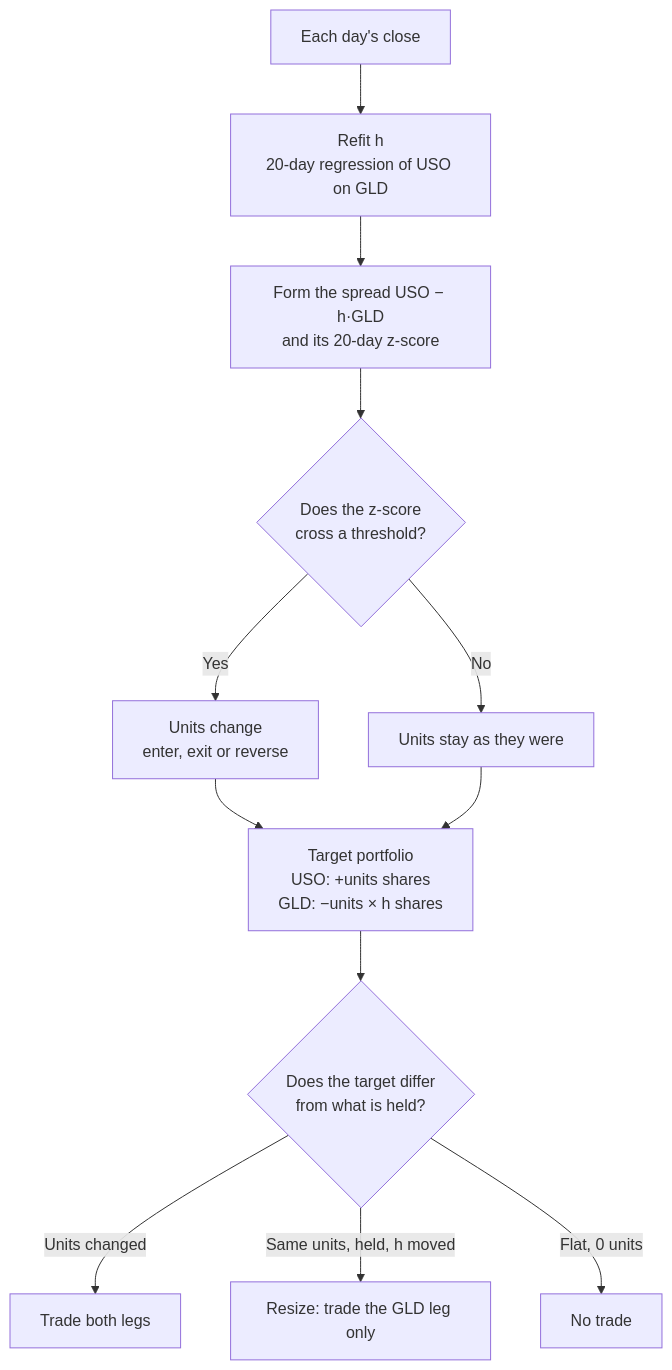
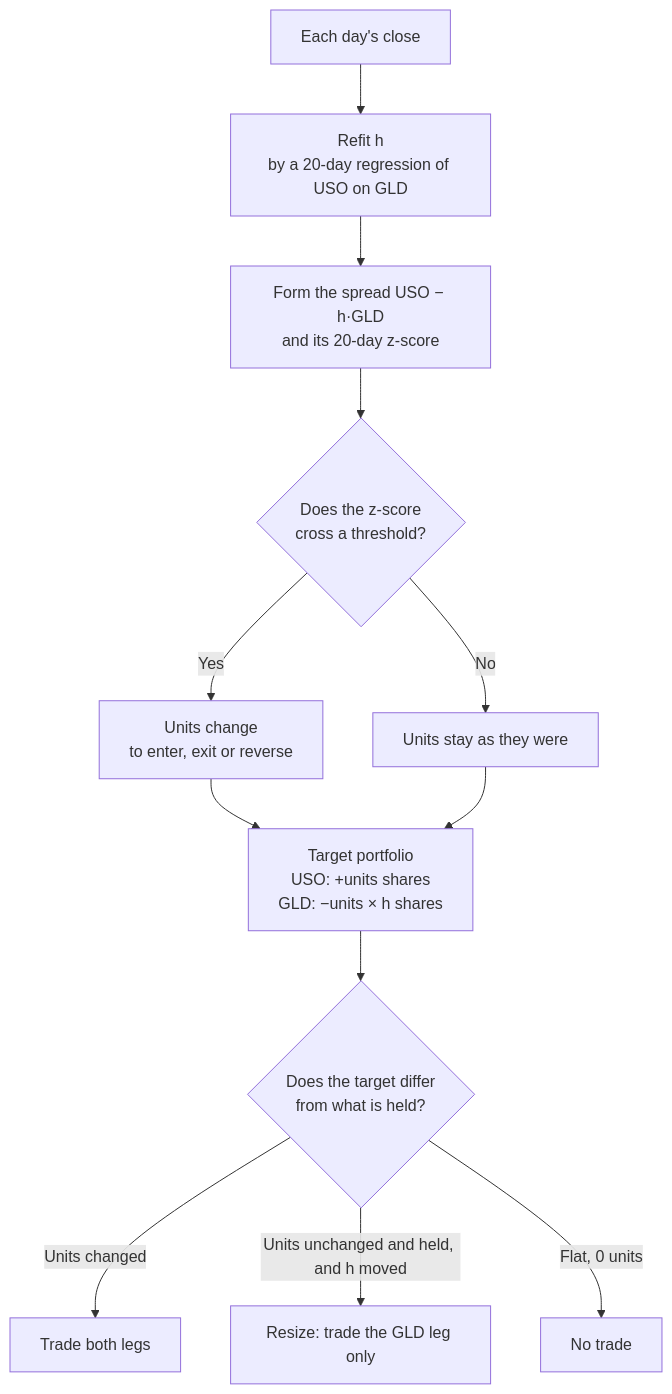
The third of 35 diagrams in docs/architecture.md (l3a0/ithildin-runtime), drawn with Mermaid before and after one commit. The commit also changed other lines of this file and 2 other files, not shown here.

First line of the commit message:
docs: restyle the words in the Mermaid diagrams

````diff
--- a/docs/architecture.md
+++ b/docs/architecture.md
@@ -153,14 +153,14 @@
 ```mermaid
 flowchart TD
-    close["Each day's close"] --> fit["Refit h<br/>20-day regression of USO on GLD"]
+    close["Each day's close"] --> fit["Refit h<br/>by a 20-day regression of USO on GLD"]
     fit --> z["Form the spread USO − h·GLD<br/>and its 20-day z-score"]
     z --> rule{"Does the z-score<br/>cross a threshold?"}
-    rule -- "Yes" --> move["Units change<br/>enter, exit or reverse"]
+    rule -- "Yes" --> move["Units change<br/>to enter, exit or reverse"]
     rule -- "No" --> same["Units stay as they were"]
     move --> target["Target portfolio<br/>USO: +units shares<br/>GLD: −units × h shares"]
     same --> target
     target --> diff{"Does the target differ<br/>from what is held?"}
     diff -- "Units changed" --> trade["Trade both legs"]
-    diff -- "Same units, held, h moved" --> resize["Resize: trade the GLD leg only"]
+    diff -- "Units unchanged and held, and h moved" --> resize["Resize: trade the GLD leg only"]
     diff -- "Flat, 0 units" --> none["No trade"]
 ```
````
